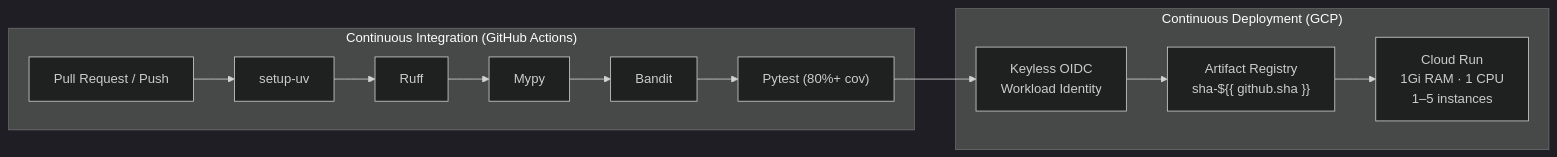
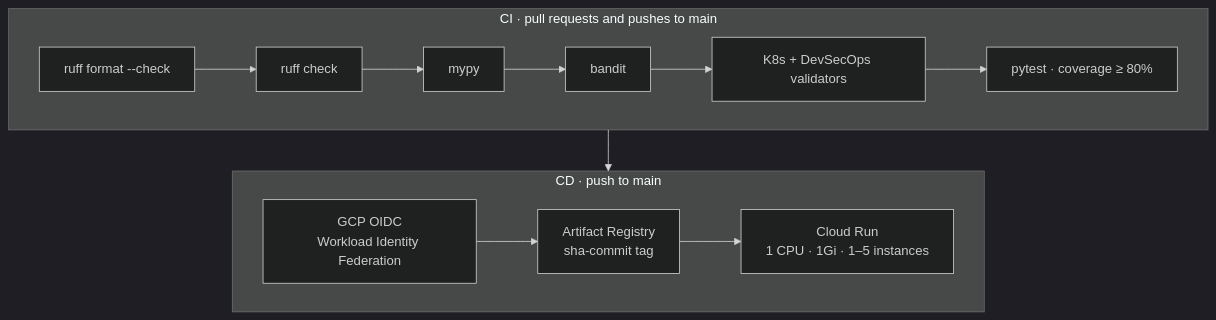
Before and after one commit to PilotLeoYan/RecycleNet-K8s: the fourth of 4 diagrams in README.md, drawn with Mermaid (dark theme). The commit also changed other lines of this file, not shown here.

First line of the commit message:
docs(readme): rewrite README with phase diagrams and model results (#120)

````diff
--- a/README.md
+++ b/README.md
@@ -169,13 +150,12 @@
 ```mermaid
-flowchart LR
-    subgraph CI["Continuous Integration (GitHub Actions)"]
-        PR["Pull Request / Push"] --> UV["setup-uv"]
-        UV --> G1["Ruff"] --> G2["Mypy"] --> G3["Bandit"] --> G4["Pytest (80%+ cov)"]
+flowchart TB
+    subgraph CI["CI · pull requests and pushes to main"]
+        direction LR
+        FMT["ruff format --check"] --> LINT["ruff check"] --> TYP["mypy"] --> SAST["bandit"] --> MAN["K8s + DevSecOps validators"] --> TEST["pytest · coverage ≥ 80%"]
     end
-
-    subgraph CD["Continuous Deployment (GCP)"]
-        G4 --> OIDC["Keyless OIDC<br/>Workload Identity"]
-        OIDC --> GAR["Artifact Registry<br/>sha-${{ github.sha }}"]
-        GAR --> CR["Cloud Run<br/>1Gi RAM · 1 CPU<br/>1–5 instances"]
+    subgraph CD["CD · push to main"]
+        direction LR
+        OIDC["GCP OIDC<br/>Workload Identity Federation"] --> GAR["Artifact Registry<br/>sha-commit tag"] --> RUN["Cloud Run<br/>1 CPU · 1Gi · 1–5 instances"]
     end
+    TEST --> OIDC
 ```
````
